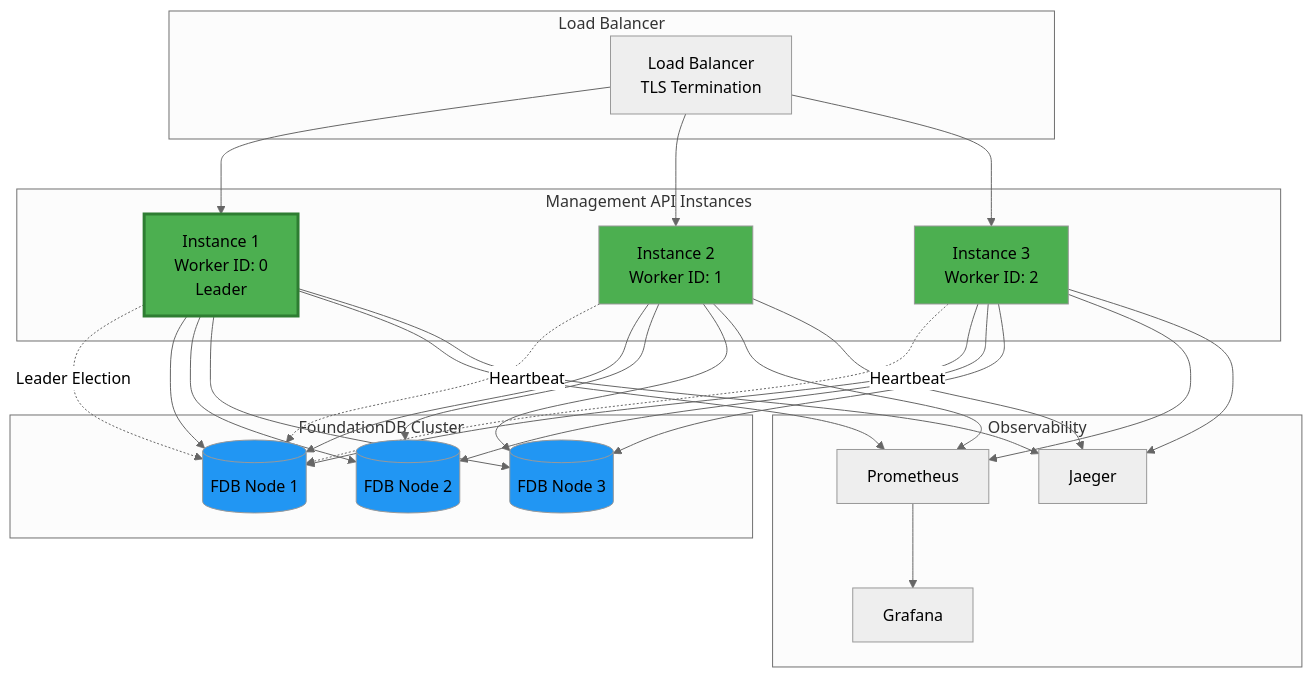
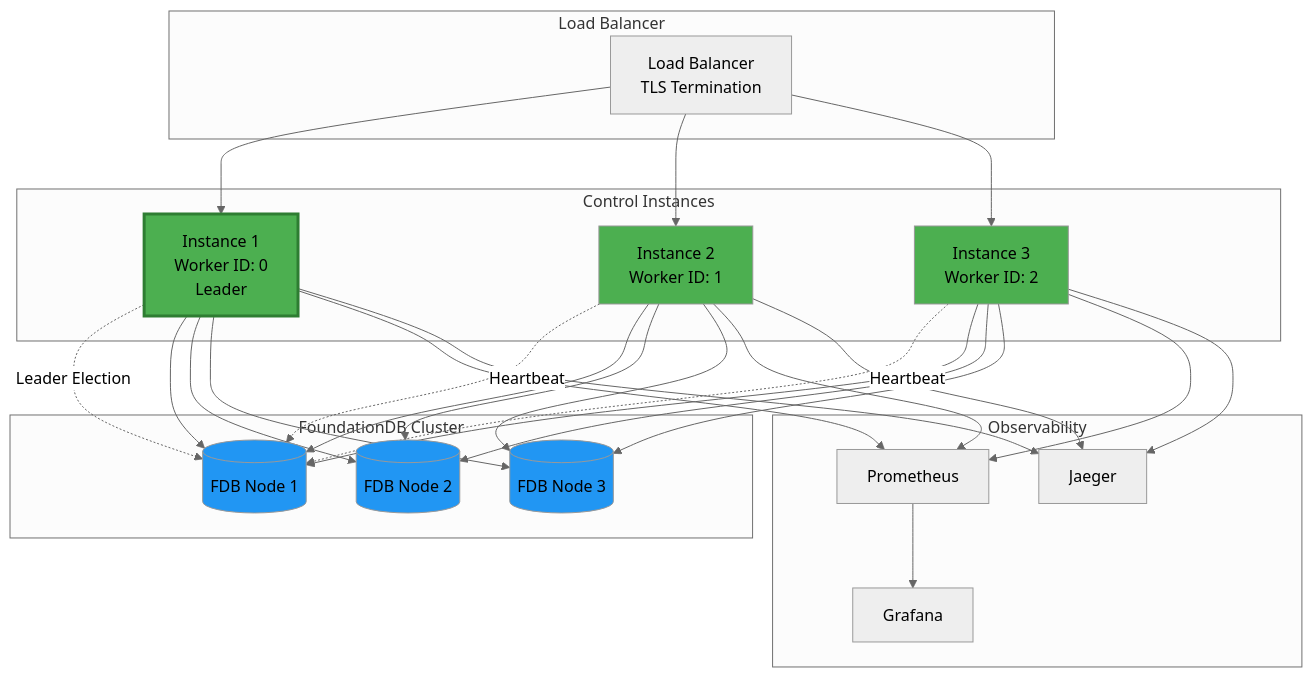
One commit to inferadb/control changed the third of 10 diagrams in docs/architecture.md. Above: the diagram before and after it, drawn with Mermaid (neutral theme). The commit also changed other lines of this file and 245 other files, not shown here.

````diff
--- a/docs/architecture.md
+++ b/docs/architecture.md
@@ -129,61 +129,61 @@
 ```mermaid
 graph TB
     subgraph "Load Balancer"
         LB[Load Balancer<br/>TLS Termination]
     end
 
-    subgraph "Management API Instances"
+    subgraph "Control Instances"
         API1[Instance 1<br/>Worker ID: 0<br/>Leader]
         API2[Instance 2<br/>Worker ID: 1]
         API3[Instance 3<br/>Worker ID: 2]
     end
 
     subgraph "FoundationDB Cluster"
         FDB1[(FDB Node 1)]
         FDB2[(FDB Node 2)]
         FDB3[(FDB Node 3)]
     end
 
     subgraph "Observability"
         Prom[Prometheus]
         Jaeger[Jaeger]
         Grafana[Grafana]
     end
 
     LB --> API1
     LB --> API2
     LB --> API3
 
     API1 -.Leader Election.-> FDB1
     API2 -.Heartbeat.-> FDB1
     API3 -.Heartbeat.-> FDB1
 
     API1 --> FDB1
     API1 --> FDB2
     API1 --> FDB3
 
     API2 --> FDB1
     API2 --> FDB2
     API2 --> FDB3
 
     API3 --> FDB1
     API3 --> FDB2
     API3 --> FDB3
 
     API1 --> Prom
     API2 --> Prom
     API3 --> Prom
 
     API1 --> Jaeger
     API2 --> Jaeger
     API3 --> Jaeger
 
     Prom --> Grafana
 
     style API1 fill:#4CAF50,stroke:#2E7D32,stroke-width:3px
     style API2 fill:#4CAF50
     style API3 fill:#4CAF50
     style FDB1 fill:#2196F3
     style FDB2 fill:#2196F3
     style FDB3 fill:#2196F3
 ```
````
